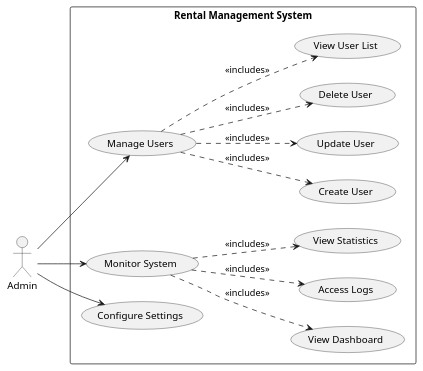
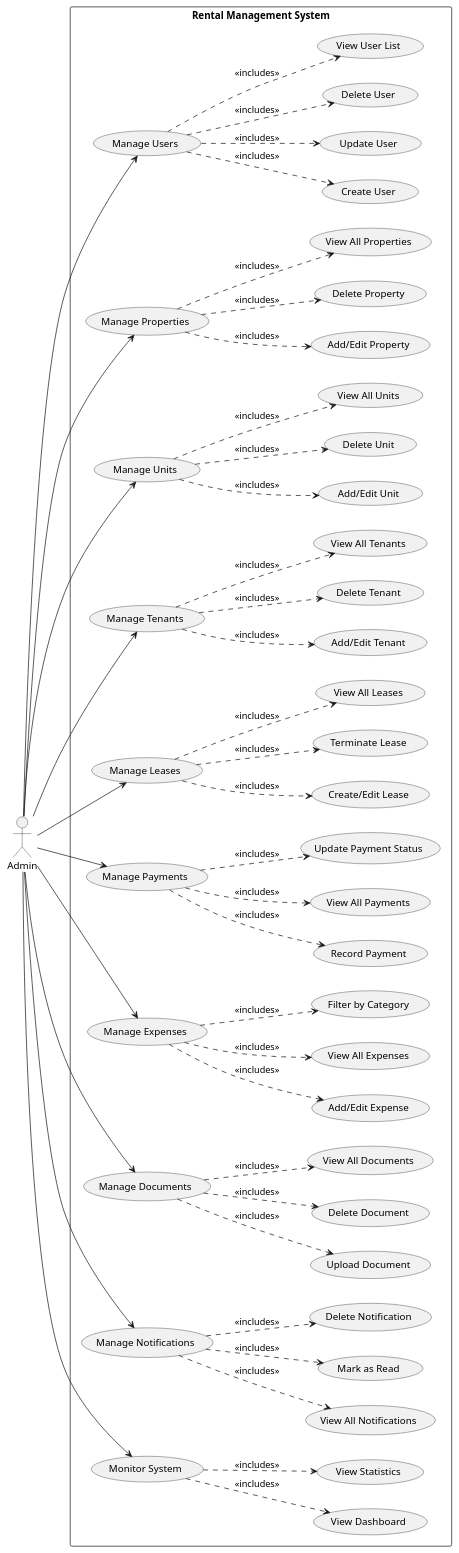
The diagram in diagrams/figure3_admin_use_cases.puml (EliwahidMdee/software_project), drawn with PlantUML before and after one commit. The commit also changed 3 other files, not shown here.

Commit message:
Update SRS diagrams to reflect all implemented frontend pages

```diff
--- a/diagrams/figure3_admin_use_cases.puml
+++ b/diagrams/figure3_admin_use_cases.puml
@@ -1,36 +1,111 @@
 @startuml
 ' Figure 3 - Admin Use Cases
 
 left to right direction
 
 actor "Admin" as Admin
 
 rectangle "Rental Management System" {
     usecase "Manage Users" as UC1
     usecase "Create User" as UC1a
     usecase "Update User" as UC1b
     usecase "Delete User" as UC1c
     usecase "View User List" as UC1d
     
-    usecase "Monitor System" as UC2
-    usecase "View Dashboard" as UC2a
-    usecase "Access Logs" as UC2b
-    usecase "View Statistics" as UC2c
+    usecase "Manage Properties" as UC2
+    usecase "Add/Edit Property" as UC2a
+    usecase "Delete Property" as UC2b
+    usecase "View All Properties" as UC2c
     
-    usecase "Configure Settings" as UC3
+    usecase "Manage Units" as UC3
+    usecase "Add/Edit Unit" as UC3a
+    usecase "Delete Unit" as UC3b
+    usecase "View All Units" as UC3c
+    
+    usecase "Manage Tenants" as UC4
+    usecase "Add/Edit Tenant" as UC4a
+    usecase "Delete Tenant" as UC4b
+    usecase "View All Tenants" as UC4c
+    
+    usecase "Manage Leases" as UC5
+    usecase "Create/Edit Lease" as UC5a
+    usecase "Terminate Lease" as UC5b
+    usecase "View All Leases" as UC5c
+    
+    usecase "Manage Payments" as UC6
+    usecase "Record Payment" as UC6a
+    usecase "View All Payments" as UC6b
+    usecase "Update Payment Status" as UC6c
+    
+    usecase "Manage Expenses" as UC7
+    usecase "Add/Edit Expense" as UC7a
+    usecase "View All Expenses" as UC7b
+    usecase "Filter by Category" as UC7c
+    
+    usecase "Manage Documents" as UC8
+    usecase "Upload Document" as UC8a
+    usecase "Delete Document" as UC8b
+    usecase "View All Documents" as UC8c
+    
+    usecase "Manage Notifications" as UC9
+    usecase "View All Notifications" as UC9a
+    usecase "Mark as Read" as UC9b
+    usecase "Delete Notification" as UC9c
+    
+    usecase "Monitor System" as UC10
+    usecase "View Dashboard" as UC10a
+    usecase "View Statistics" as UC10b
 }
 
 Admin --> UC1
 Admin --> UC2
 Admin --> UC3
+Admin --> UC4
+Admin --> UC5
+Admin --> UC6
+Admin --> UC7
+Admin --> UC8
+Admin --> UC9
+Admin --> UC10
 
 UC1 ..> UC1a : <<includes>>
 UC1 ..> UC1b : <<includes>>
 UC1 ..> UC1c : <<includes>>
 UC1 ..> UC1d : <<includes>>
 
 UC2 ..> UC2a : <<includes>>
 UC2 ..> UC2b : <<includes>>
 UC2 ..> UC2c : <<includes>>
 
+UC3 ..> UC3a : <<includes>>
+UC3 ..> UC3b : <<includes>>
+UC3 ..> UC3c : <<includes>>
+
+UC4 ..> UC4a : <<includes>>
+UC4 ..> UC4b : <<includes>>
+UC4 ..> UC4c : <<includes>>
+
+UC5 ..> UC5a : <<includes>>
+UC5 ..> UC5b : <<includes>>
+UC5 ..> UC5c : <<includes>>
+
+UC6 ..> UC6a : <<includes>>
+UC6 ..> UC6b : <<includes>>
+UC6 ..> UC6c : <<includes>>
+
+UC7 ..> UC7a : <<includes>>
+UC7 ..> UC7b : <<includes>>
+UC7 ..> UC7c : <<includes>>
+
+UC8 ..> UC8a : <<includes>>
+UC8 ..> UC8b : <<includes>>
+UC8 ..> UC8c : <<includes>>
+
+UC9 ..> UC9a : <<includes>>
+UC9 ..> UC9b : <<includes>>
+UC9 ..> UC9c : <<includes>>
+
+UC10 ..> UC10a : <<includes>>
+UC10 ..> UC10b : <<includes>>
+
 @enduml
```
